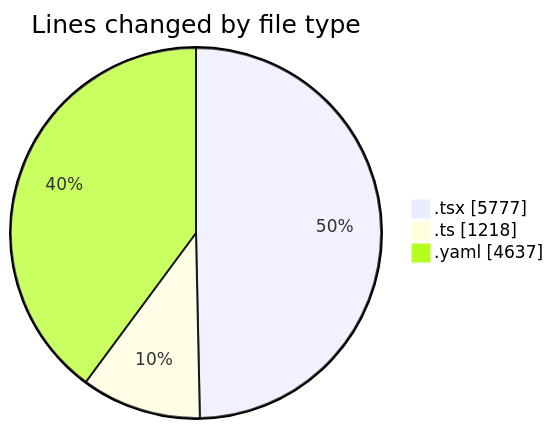
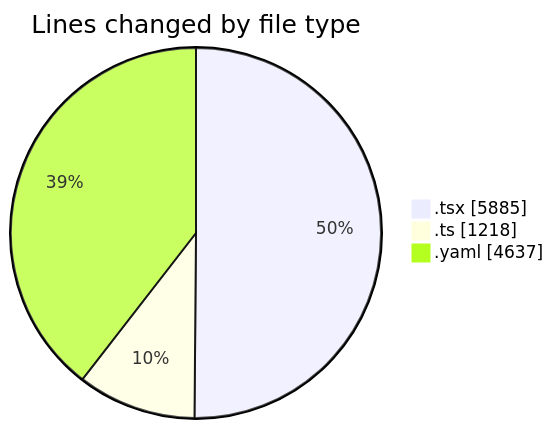
Before and after one commit to julien-gomy/code-tracking: the first of 2 diagrams in 2025-10-13/eventscop-frontend-guide__workspace_/README.md, drawn with Mermaid. The commit also changed other lines of this file and 1 other file, not shown here.

````diff
--- a/2025-10-13/eventscop-frontend-guide__workspace_/README.md
+++ b/2025-10-13/eventscop-frontend-guide__workspace_/README.md
@@ -51,7 +52,7 @@
 ```mermaid
 pie showData
 title Lines changed by file type
-".tsx" : 5777
+".tsx" : 5885
 ".ts" : 1218
 ".yaml" : 4637
 ```
````
